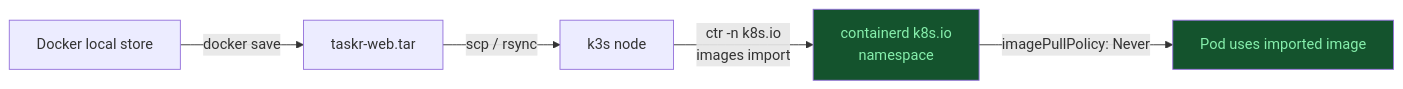
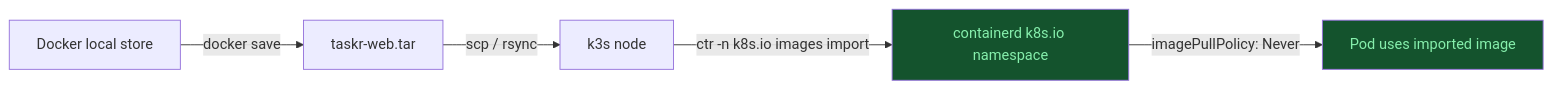
Before and after one commit to UncleJS/course_k3s: the sixth of 6 diagrams in 17_docker_to_k3s/03_images_and_registries.md, drawn with Mermaid. The commit also changed other lines of this file and 57 other files, not shown here.

````diff
--- a/17_docker_to_k3s/03_images_and_registries.md
+++ b/17_docker_to_k3s/03_images_and_registries.md
@@ -533,9 +533,9 @@
 ```mermaid
 flowchart LR
     A[Docker local store] -->|docker save| B[taskr-web.tar]
     B -->|scp / rsync| C[k3s node]
-    C -->|ctr -n k8s.io\nimages import| D[containerd k8s.io\nnamespace]
+    C -->|ctr -n k8s.io images import| D[containerd k8s.io namespace]
     D -->|imagePullPolicy: Never| E[Pod uses imported image]
     style D fill:#14532d,color:#86efac
     style E fill:#14532d,color:#86efac
 ```
````
